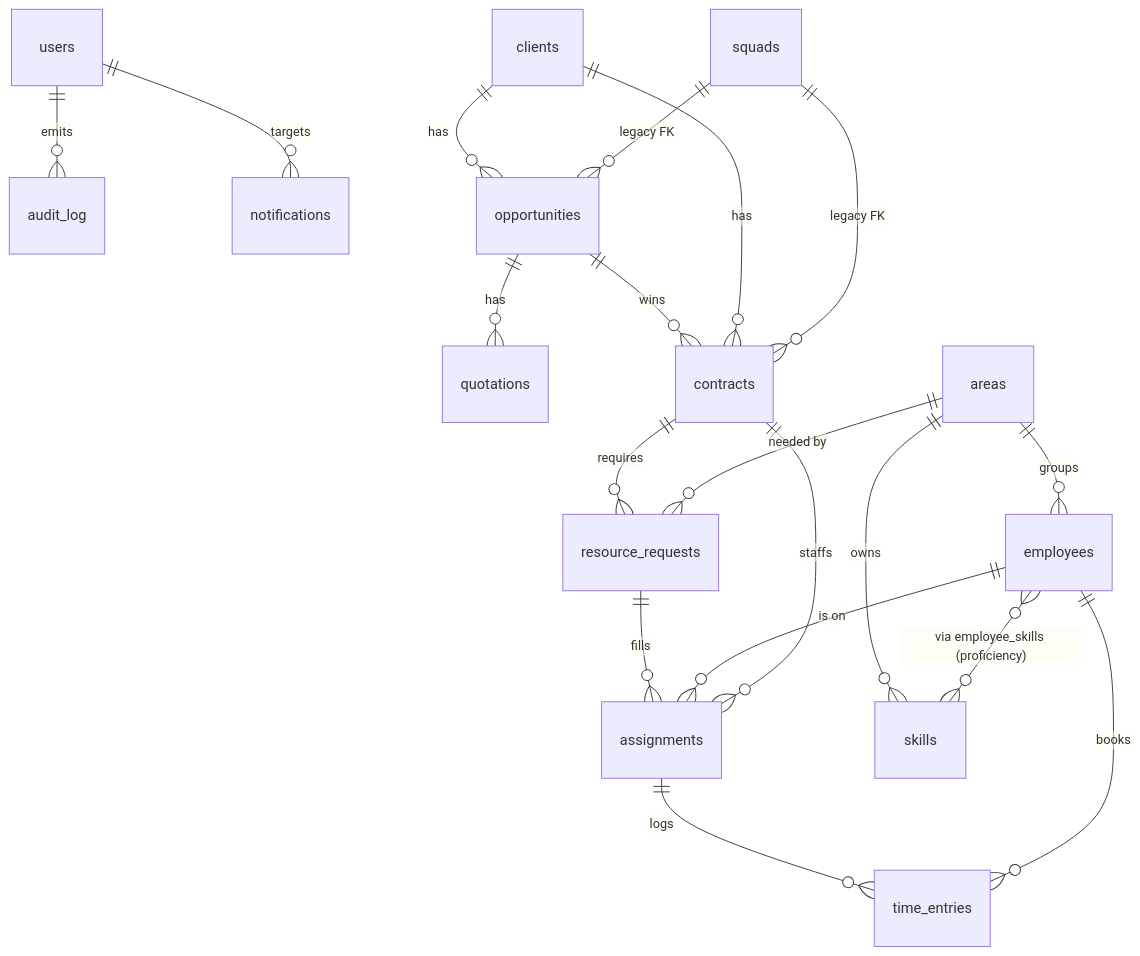
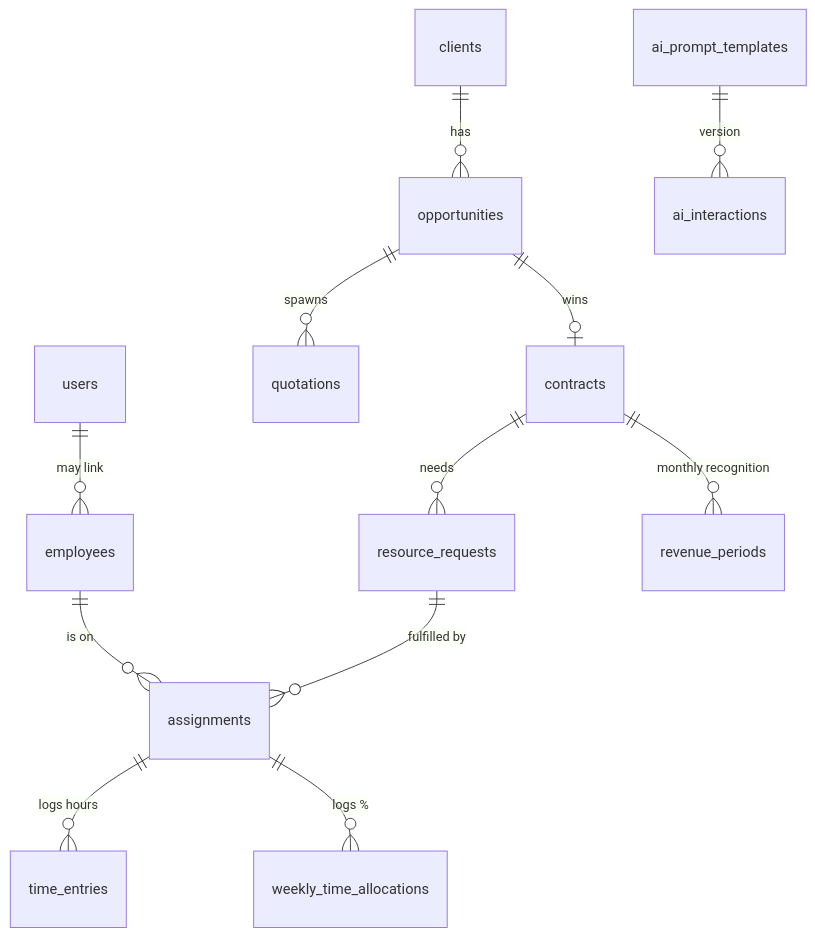
Before and after one commit to danielvillacamacho-collab/quoter-dvpnyx: the fourth of 4 diagrams in ARCHITECTURE.md, drawn with Mermaid. The commit also changed other lines of this file and 15 other files, not shown here.

````diff
--- a/ARCHITECTURE.md
+++ b/ARCHITECTURE.md
@@ -151,26 +203,14 @@
 ```mermaid
 erDiagram
-  users ||--o{ audit_log : "emits"
-  users ||--o{ notifications : "targets"
-
+  users ||--o{ employees : "may link"
   clients ||--o{ opportunities : "has"
-  opportunities ||--o{ quotations : "has"
-  opportunities ||--o{ contracts : "wins"
-  clients ||--o{ contracts : "has"
-
-  contracts ||--o{ resource_requests : "requires"
-  resource_requests ||--o{ assignments : "fills"
+  opportunities ||--o{ quotations : "spawns"
+  opportunities ||--o| contracts : "wins"
+  contracts ||--o{ resource_requests : "needs"
+  resource_requests ||--o{ assignments : "fulfilled by"
   employees ||--o{ assignments : "is on"
-  contracts ||--o{ assignments : "staffs"
-
-  assignments ||--o{ time_entries : "logs"
-  employees ||--o{ time_entries : "books"
-
-  areas ||--o{ employees : "groups"
-  areas ||--o{ resource_requests : "needed by"
-  areas ||--o{ skills : "owns"
-  employees }o--o{ skills : "via employee_skills (proficiency)"
-
-  squads ||--o{ contracts : "legacy FK"
-  squads ||--o{ opportunities : "legacy FK"
+  assignments ||--o{ time_entries : "logs hours"
+  assignments ||--o{ weekly_time_allocations : "logs %"
+  contracts ||--o{ revenue_periods : "monthly recognition"
+  ai_prompt_templates ||--o{ ai_interactions : "version"
 ```
````
